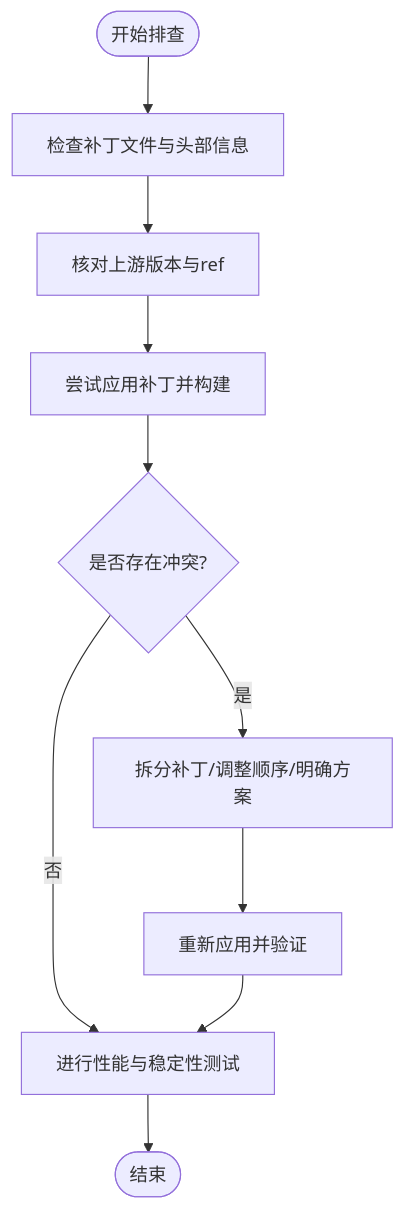
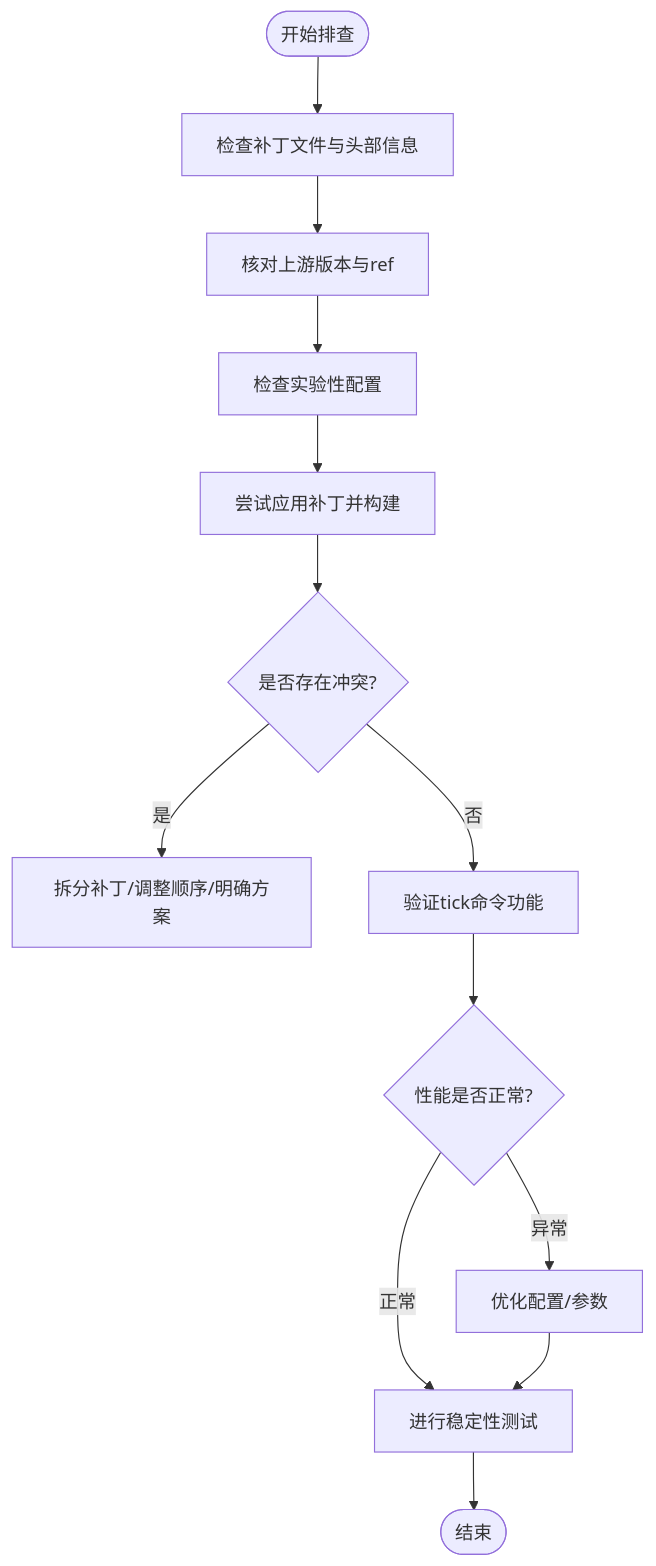
One commit to xucy10/Lophine1.21.11 changed the fifth of 5 diagrams in .qoder/repowiki/zh/content/补丁管理.md. Above: the diagram before and after it, drawn with Mermaid. The commit also changed other lines of this file and 54 other files, not shown here.

````diff
--- a/.qoder/repowiki/zh/content/补丁管理.md
+++ b/.qoder/repowiki/zh/content/补丁管理.md
@@ -266,12 +337,15 @@
 ```mermaid
 flowchart TD
 Start(["开始排查"]) --> CheckPatch["检查补丁文件与头部信息"]
 CheckPatch --> VerifyUpstream["核对上游版本与ref"]
-VerifyUpstream --> ApplyTest["尝试应用补丁并构建"]
+VerifyUpstream --> CheckConfig["检查实验性配置"]
+CheckConfig --> ApplyTest["尝试应用补丁并构建"]
 ApplyTest --> Conflict{"是否存在冲突?"}
 Conflict --> |是| Split["拆分补丁/调整顺序/明确方案"]
-Split --> Reapply["重新应用并验证"]
-Conflict --> |否| PerfStability["进行性能与稳定性测试"]
-Reapply --> PerfStability
-PerfStability --> Done(["结束"])
+Conflict --> |否| CheckTick["验证tick命令功能"]
+CheckTick --> Performance{"性能是否正常?"}
+Performance --> |异常| Optimize["优化配置/参数"]
+Performance --> |正常| Stability["进行稳定性测试"]
+Optimize --> Stability
+Stability --> Done(["结束"])
 ```
````
